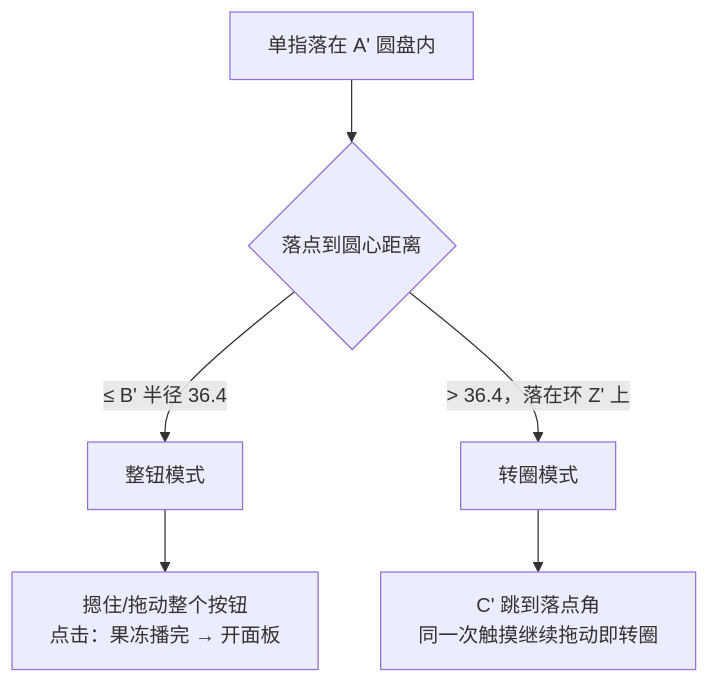
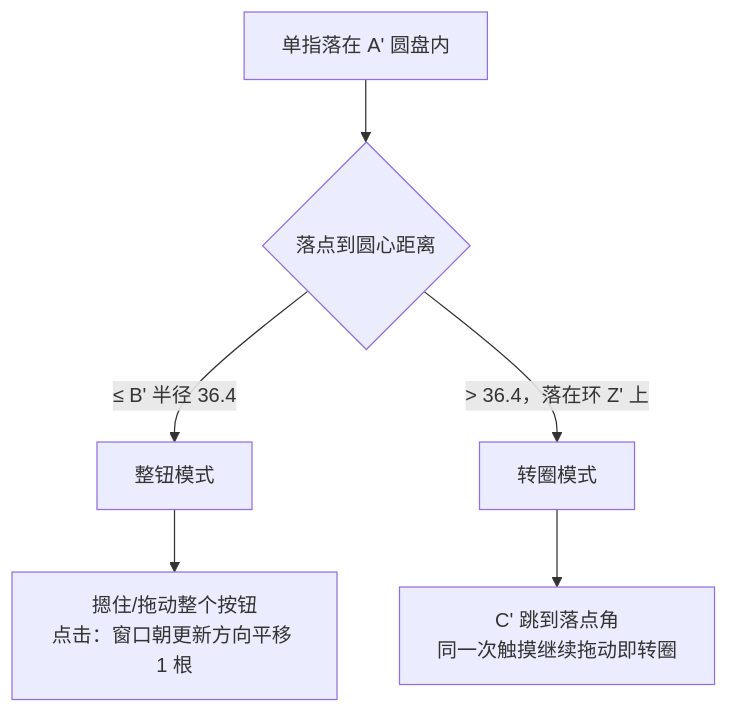
The first of 2 diagrams in .trae/documents/accessory/modules/新按钮（转圈驱动光标）.md (SunChuquin/Kline), drawn with Mermaid before and after one commit. The commit also changed other lines of this file and 6 other files, not shown here.

Commit message:
同步文档：点击 B' 改为窗口平移一根（不再开面板） 新增决策篇 点击B'平移窗口一根（方向口径与贴边分支一致、只动窗口不动 selectedIndex、为何不再延后 0.18 秒、为何复用命令通道）；新按钮模块文档更新交互分区图/状态机迁移/调用关系（现两条出口：转圈 advanceCursor 与点击 nudgeWindow）；果冻决策改注「该规则现只对旧按钮成立」；INDEX 挂新篇；spec/tasks/checklist 变更记录更新为最终口径（点击不开面板、平移一根）

````diff
--- a/.trae/documents/accessory/modules/新按钮（转圈驱动光标）.md
+++ b/.trae/documents/accessory/modules/新按钮（转圈驱动光标）.md
@@ -23,8 +23,8 @@
 ```mermaid
 flowchart TB
     A[单指落在 A' 圆盘内] --> B{落点到圆心距离}
     B -->|"≤ B' 半径 36.4"| C[整钮模式]
     B -->|"> 36.4，落在环 Z' 上"| D[转圈模式]
-    C --> E[摁住/拖动整个按钮<br/>点击：果冻播完 → 开面板]
+    C --> E[摁住/拖动整个按钮<br/>点击：窗口朝更新方向平移 1 根]
     D --> F[C' 跳到落点角<br/>同一次触摸继续拖动即转圈]
 ```
````
